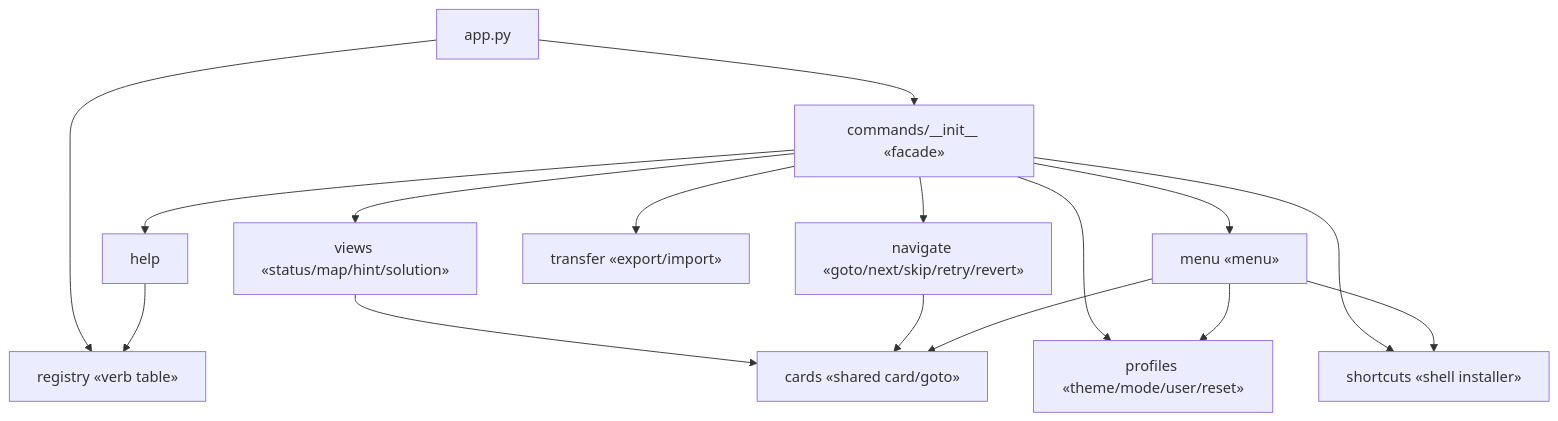
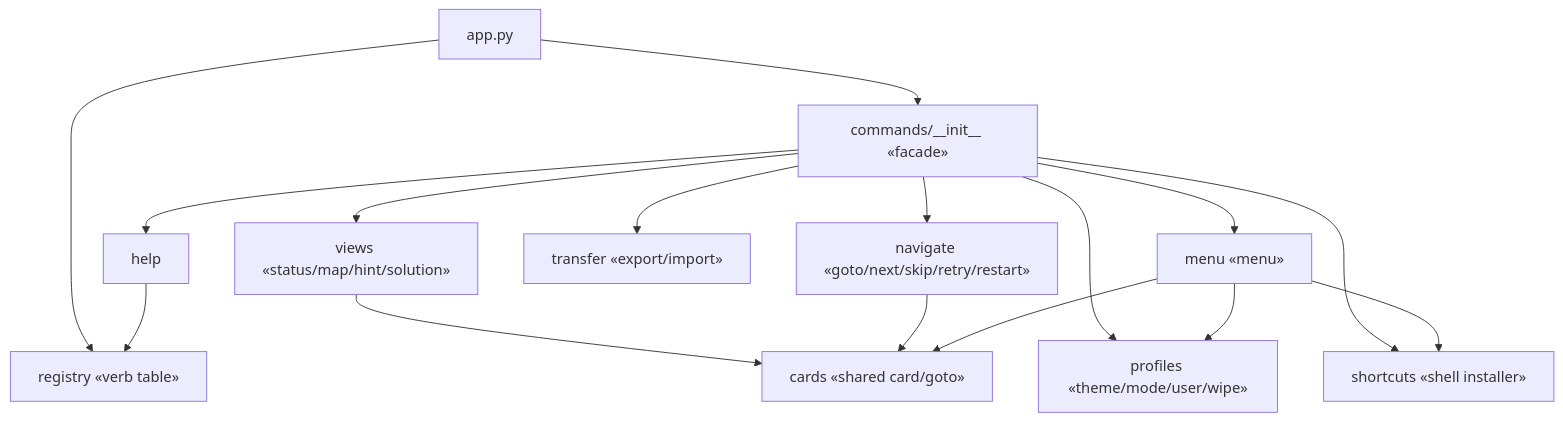
The fifth of 12 diagrams in docs/architecture/README.md (N041M/PyQuest), drawn with Mermaid before and after one commit. The commit also changed 15 other files, not shown here.

Commit message:
Rename revert->restart and reset->wipe profile (gated, distinct)

````diff
--- a/docs/architecture/README.md
+++ b/docs/architecture/README.md
@@ -145,18 +145,18 @@
 ```mermaid
 flowchart TB
     app["app.py"] --> creg["registry «verb table»"]
     app --> cinit["commands/__init__ «facade»"]
     cinit --> cviews["views «status/map/hint/solution»"]
-    cinit --> cnav["navigate «goto/next/skip/retry/revert»"]
+    cinit --> cnav["navigate «goto/next/skip/retry/restart»"]
     cinit --> cmenu["menu «menu»"]
-    cinit --> cprof["profiles «theme/mode/user/reset»"]
+    cinit --> cprof["profiles «theme/mode/user/wipe»"]
     cinit --> ctrans["transfer «export/import»"]
     cinit --> cshort["shortcuts «shell installer»"]
     cinit --> chelp["help"]
     cviews --> ccards["cards «shared card/goto»"]
     cnav --> ccards
     cmenu --> ccards
     cmenu --> cprof
     cmenu --> cshort
     chelp --> creg
 ```
````
